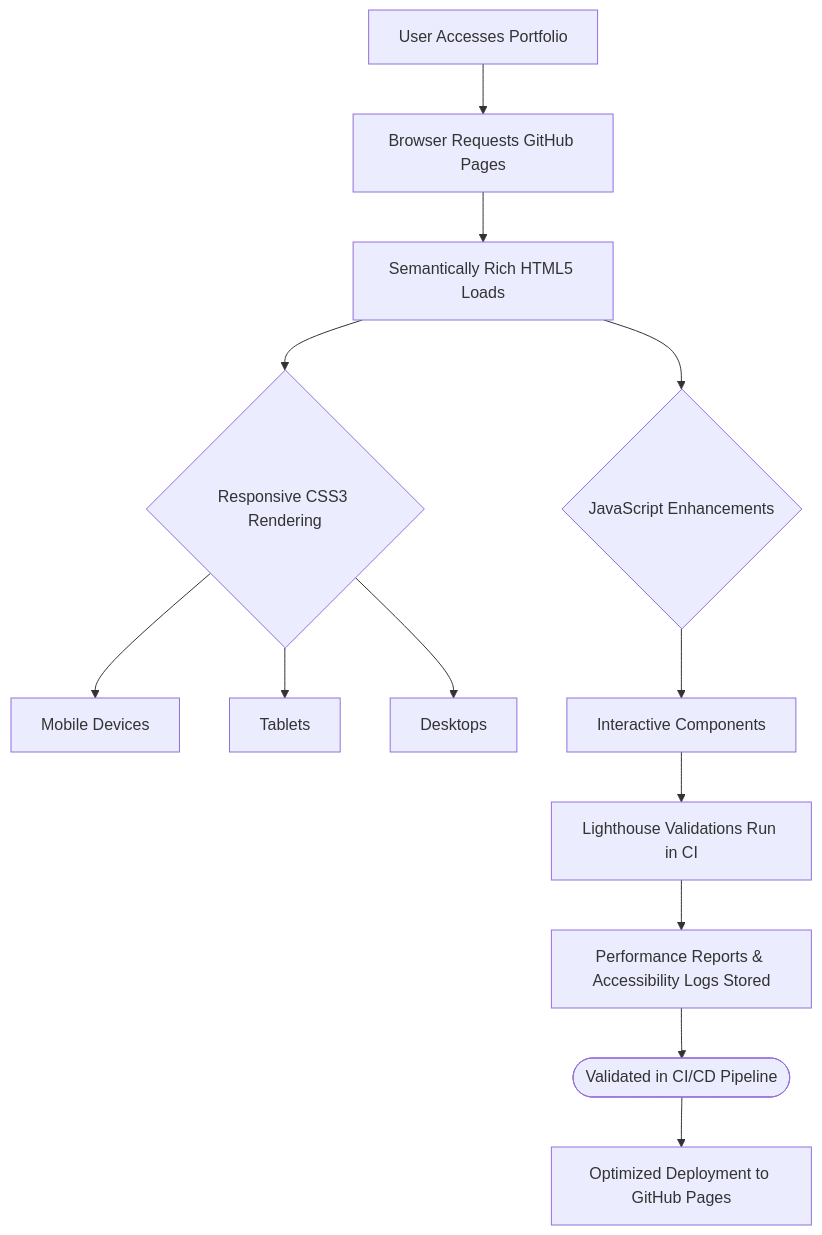
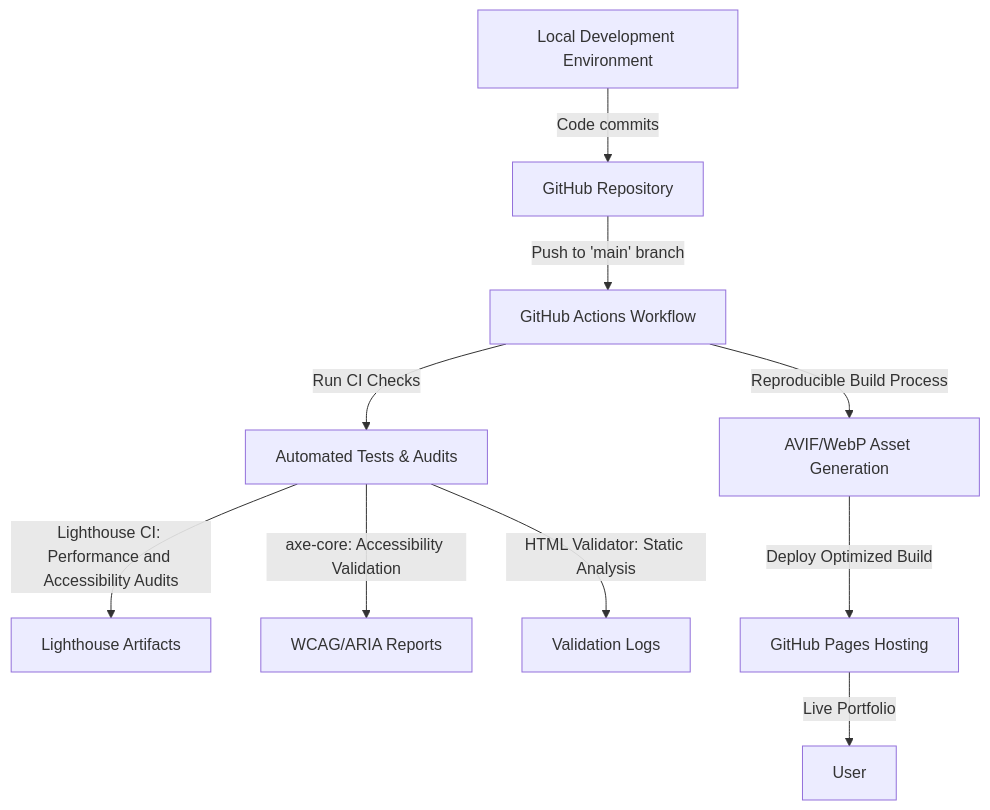
Before and after one commit to EF361/EF361.github.io: the diagram in README.md, drawn with Mermaid. The commit also changed other lines of this file, not shown here.

````diff
--- a/README.md
+++ b/README.md
@@ -28,15 +18,12 @@
 ```mermaid
 flowchart TD
-    A[User Accesses Portfolio] --> B[Browser Requests GitHub Pages]
-    B --> C[Semantically Rich HTML5 Loads]
-    C --> D{Responsive CSS3 Rendering}
-    D --> E1[Mobile Devices]
-    D --> E2[Tablets]
-    D --> E3[Desktops]
-    C --> F{JavaScript Enhancements}
-    F --> G[Interactive Components]
-    G --> H[Lighthouse Validations Run in CI]
-    H --> I[Performance Reports & Accessibility Logs Stored]
-    I --> J([Validated in CI/CD Pipeline])
-    J --> K[Optimized Deployment to GitHub Pages]
+    A["Local Development Environment"] -->|"Code commits"| B["GitHub Repository"]
+    B -->|"Push to 'main' branch"| C["GitHub Actions Workflow"]
+    C -->|"Run CI Checks"| D["Automated Tests & Audits"]
+    D -->|"Lighthouse CI: Performance and Accessibility Audits"| E["Lighthouse Artifacts"]
+    D -->|"axe-core: Accessibility Validation"| F["WCAG/ARIA Reports"]
+    D -->|"HTML Validator: Static Analysis"| G["Validation Logs"]
+    C -->|"Reproducible Build Process"| H["AVIF/WebP Asset Generation"]
+    H -->|"Deploy Optimized Build"| I["GitHub Pages Hosting"]
+    I -->|"Live Portfolio"| J["User"]
 ```
````
